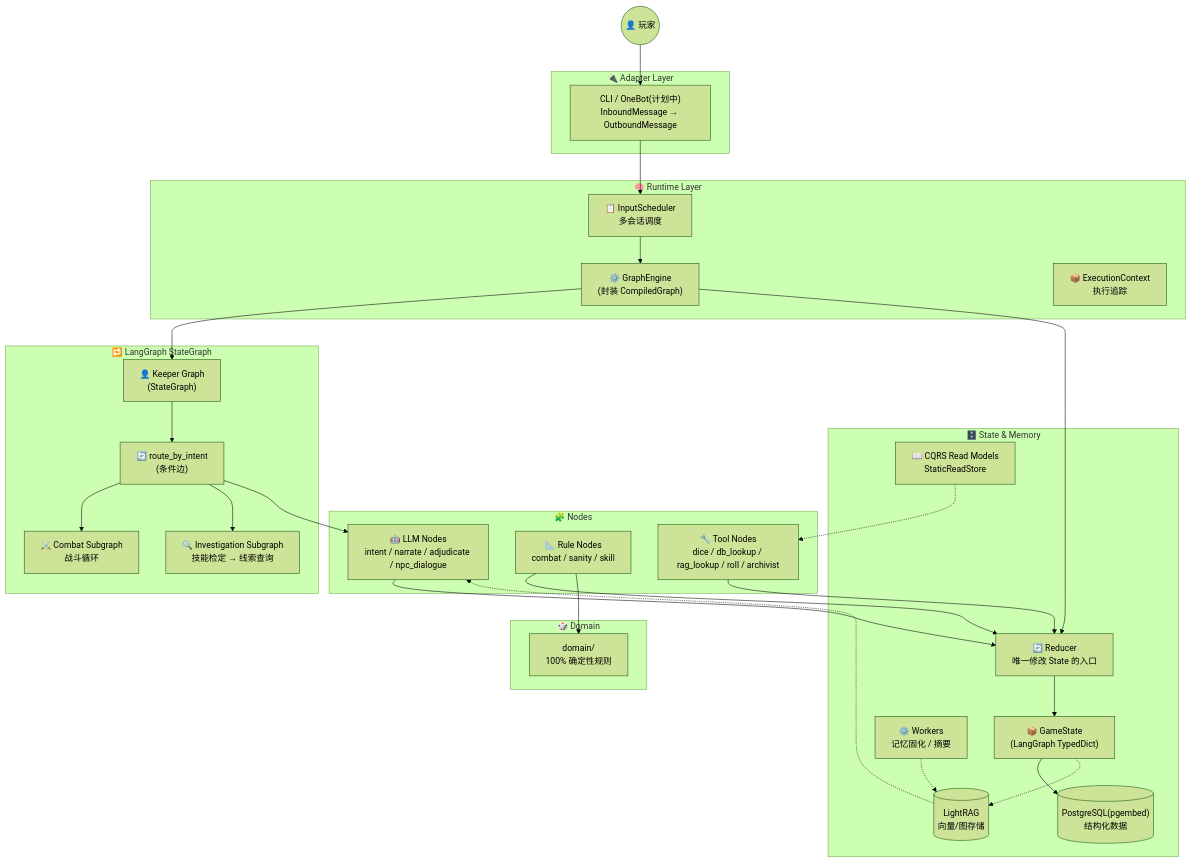
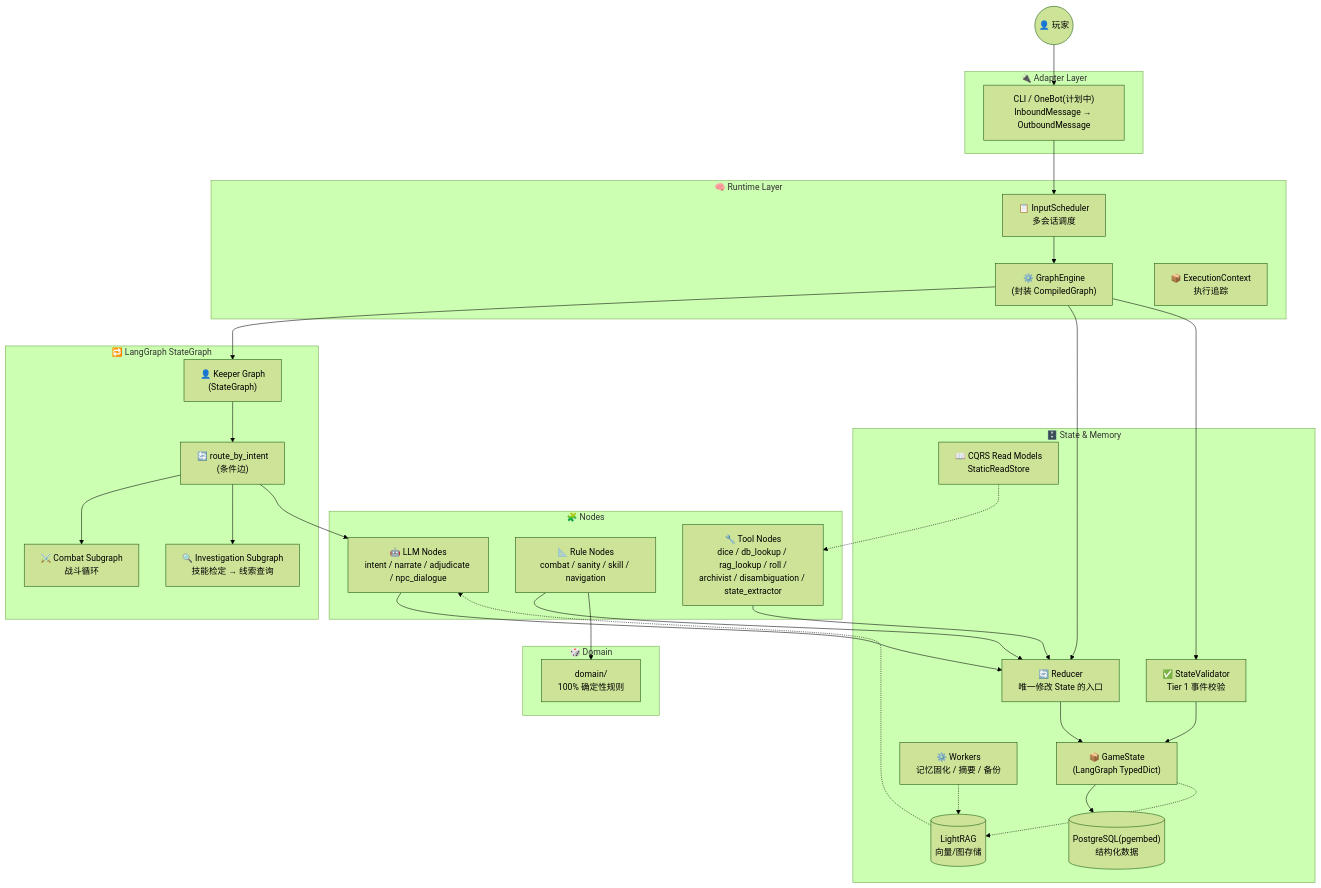
One commit to pineoncellar/glyphkeeper changed the first of 2 diagrams in README.md. Above: the diagram before and after it, drawn with Mermaid (forest theme). The commit also changed other lines of this file, not shown here.

````diff
--- a/README.md
+++ b/README.md
@@ -38,63 +38,66 @@
 ```mermaid
 graph TB
     Player((👤 玩家))
 
     subgraph "🔌 Adapter Layer"
         Adapter["CLI / OneBot(计划中)<br/>InboundMessage → OutboundMessage"]
     end
 
     subgraph "🧠 Runtime Layer"
         Engine["⚙️ GraphEngine<br/>(封装 CompiledGraph)"]
         Scheduler["📋 InputScheduler<br/>多会话调度"]
         Ctx["📦 ExecutionContext<br/>执行追踪"]
     end
 
     subgraph "🔁 LangGraph StateGraph"
         Keeper["👤 Keeper Graph<br/>(StateGraph<GameState>)"]
         Router["🔄 route_by_intent<br/>(条件边)"]
         Combat["⚔️ Combat Subgraph<br/>战斗循环"]
         Investigate["🔍 Investigation Subgraph<br/>技能检定 → 线索查询"]
     end
 
     subgraph "🧩 Nodes"
         LLMN["🤖 LLM Nodes<br/>intent / narrate / adjudicate / npc_dialogue"]
-        RuleN["📐 Rule Nodes<br/>combat / sanity / skill"]
-        ToolN["🔧 Tool Nodes<br/>dice / db_lookup / rag_lookup / roll / archivist"]
+        RuleN["📐 Rule Nodes<br/>combat / sanity / skill / navigation"]
+        ToolN["🔧 Tool Nodes<br/>dice / db_lookup / rag_lookup / roll /<br/>archivist / disambiguation / state_extractor"]
     end
 
     subgraph "🗄️ State & Memory"
         State["📦 GameState<br/>(LangGraph TypedDict)"]
         Reducer["🔄 Reducer<br/>唯一修改 State 的入口"]
+        Validator["✅ StateValidator<br/>Tier 1 事件校验"]
         PG[("PostgreSQL(pgembed)<br/>结构化数据")]
         RAG[("LightRAG<br/>向量/图存储")]
-        Workers["⚙️ Workers<br/>记忆固化 / 摘要"]
+        Workers["⚙️ Workers<br/>记忆固化 / 摘要 / 备份"]
         CQRS["📖 CQRS Read Models<br/>StaticReadStore"]
     end
 
     subgraph "🎲 Domain"
         Domain["domain/<br/>100% 确定性规则"]
     end
 
     Player --> Adapter
     Adapter --> Scheduler
     Scheduler --> Engine
     Engine --> Keeper
 
     Keeper --> Router
     Router --> Combat
     Router --> Investigate
     Router --> LLMN
 
     Engine --> Reducer
+    Engine --> Validator
     LLMN --> Reducer
     RuleN --> Reducer
     ToolN --> Reducer
     Reducer --> State
+    Validator --> State
 
     State --> PG
     State -.-> RAG
     RAG -.-> LLMN
     Workers -.-> RAG
     CQRS -.-> ToolN
     RuleN --> Domain
 ```
````
